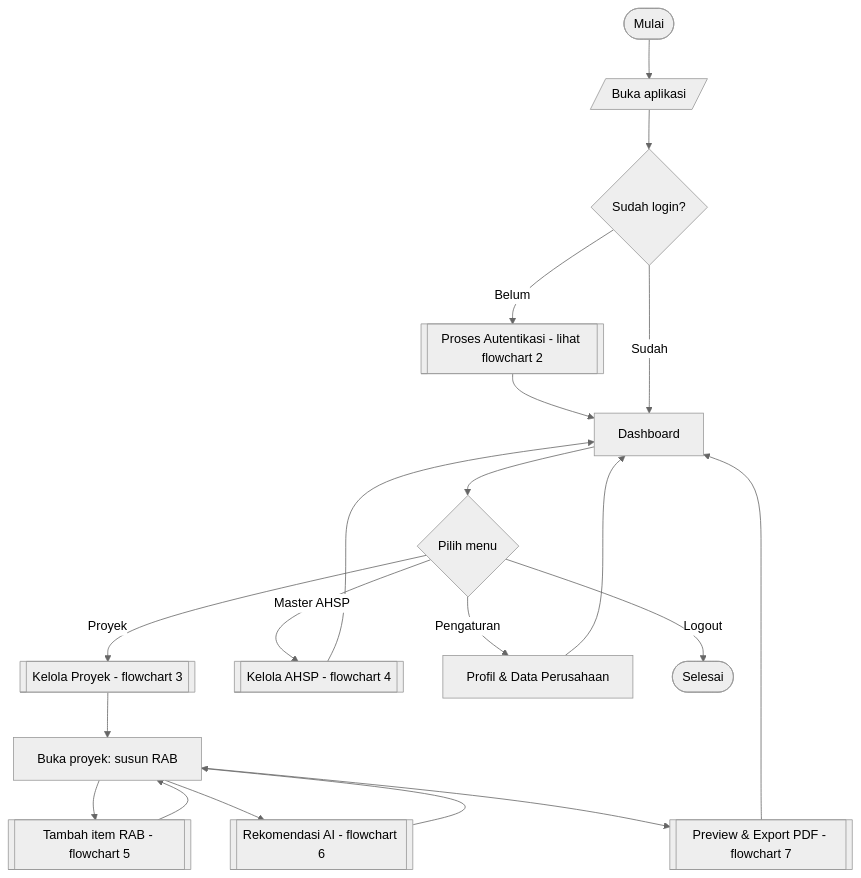
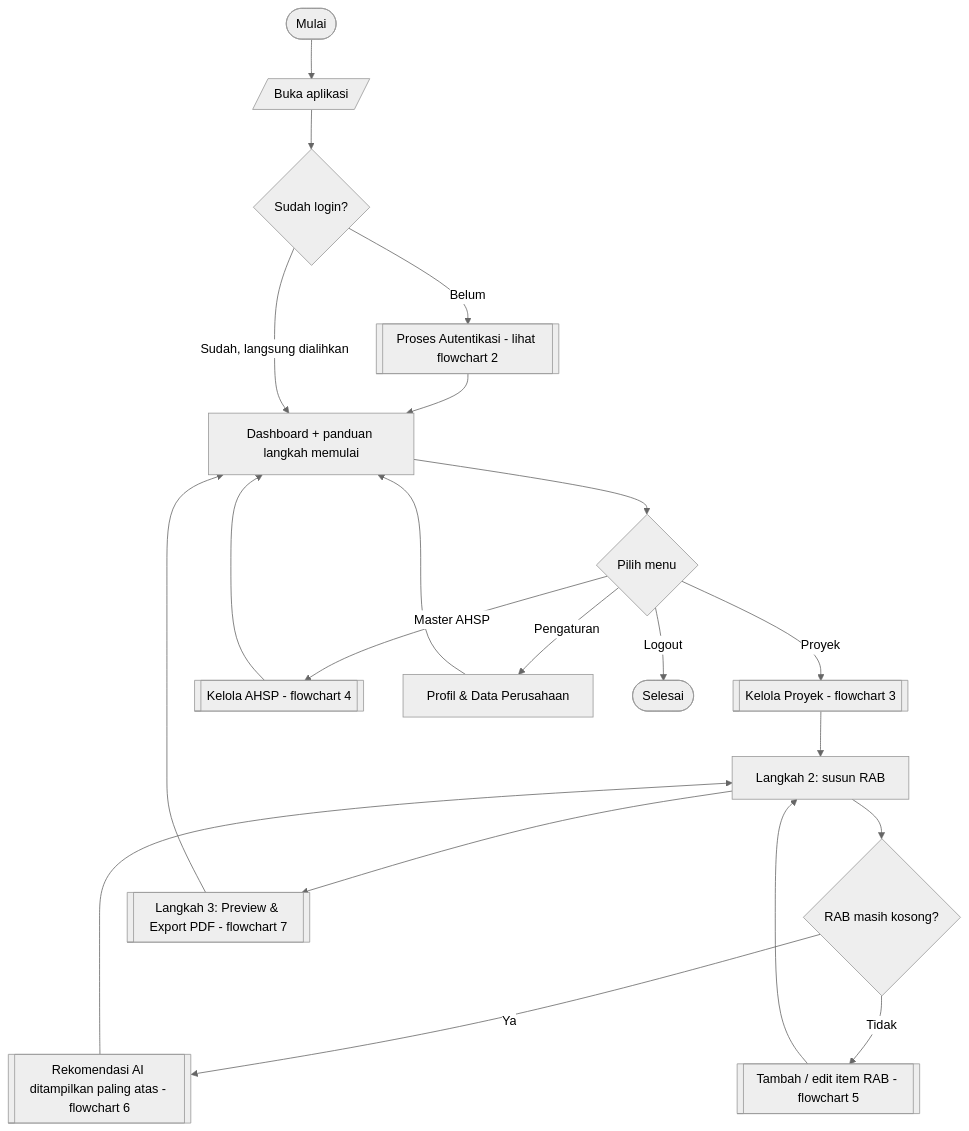
Before and after one commit to ditt1945/RAB-system: the first of 8 diagrams in docs/FLOWCHART.md, drawn with Mermaid (neutral theme). The commit also changed other lines of this file and 14 other files, not shown here.

````diff
--- a/docs/FLOWCHART.md
+++ b/docs/FLOWCHART.md
@@ -13,24 +13,25 @@
 ```mermaid
 flowchart TD
     S([Mulai]) --> L[/"Buka aplikasi"/]
     L --> A{Sudah login?}
     A -->|Belum| AUTH[[Proses Autentikasi - lihat flowchart 2]]
     AUTH --> D
-    A -->|Sudah| D[Dashboard]
+    A -->|Sudah, langsung dialihkan| D[Dashboard + panduan langkah memulai]
 
     D --> M{Pilih menu}
     M -->|Proyek| P[[Kelola Proyek - flowchart 3]]
     M -->|Master AHSP| H[[Kelola AHSP - flowchart 4]]
     M -->|Pengaturan| PS[Profil & Data Perusahaan]
     M -->|Logout| OUT([Selesai])
 
-    P --> R[Buka proyek: susun RAB]
-    R --> R1[[Tambah item RAB - flowchart 5]]
-    R --> R2[[Rekomendasi AI - flowchart 6]]
-    R --> R3[[Preview & Export PDF - flowchart 7]]
+    P --> R[Langkah 2: susun RAB]
+    R --> KOSONG{RAB masih kosong?}
+    KOSONG -->|Ya| R2[[Rekomendasi AI ditampilkan paling atas - flowchart 6]]
+    KOSONG -->|Tidak| R1[[Tambah / edit item RAB - flowchart 5]]
     R1 --> R
     R2 --> R
+    R --> R3[[Langkah 3: Preview & Export PDF - flowchart 7]]
     R3 --> D
     H --> D
     PS --> D
 ```
````
